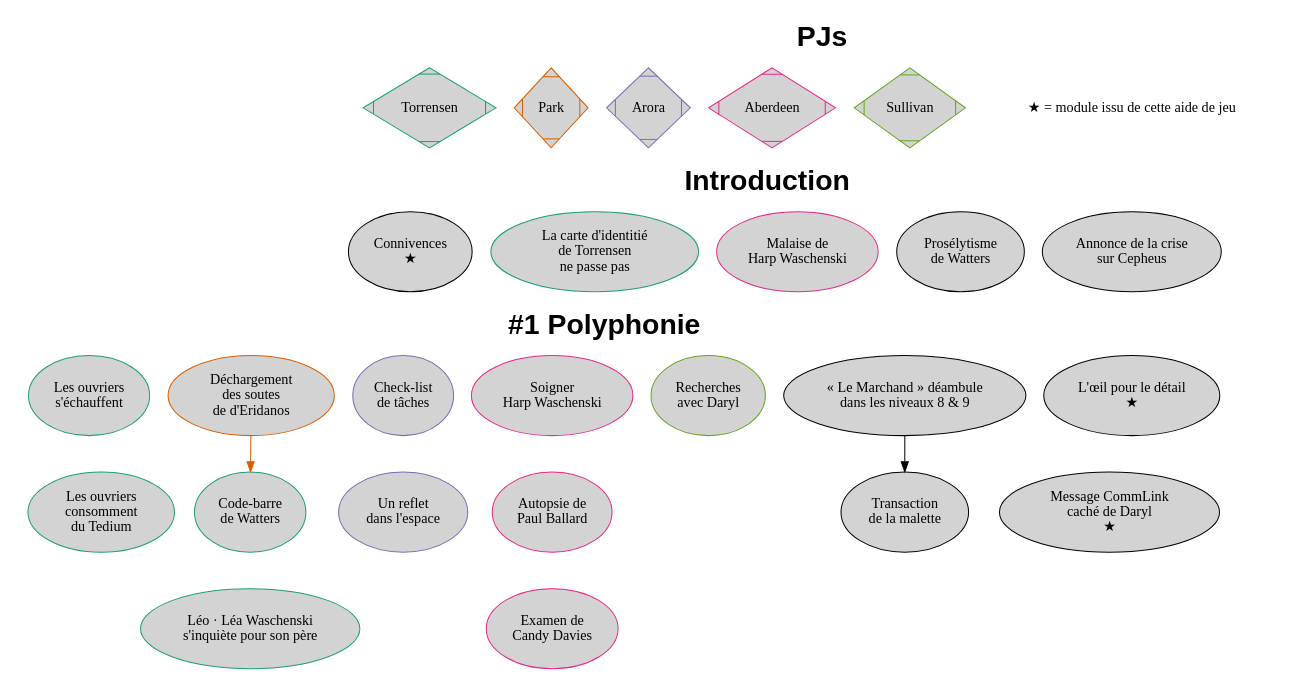
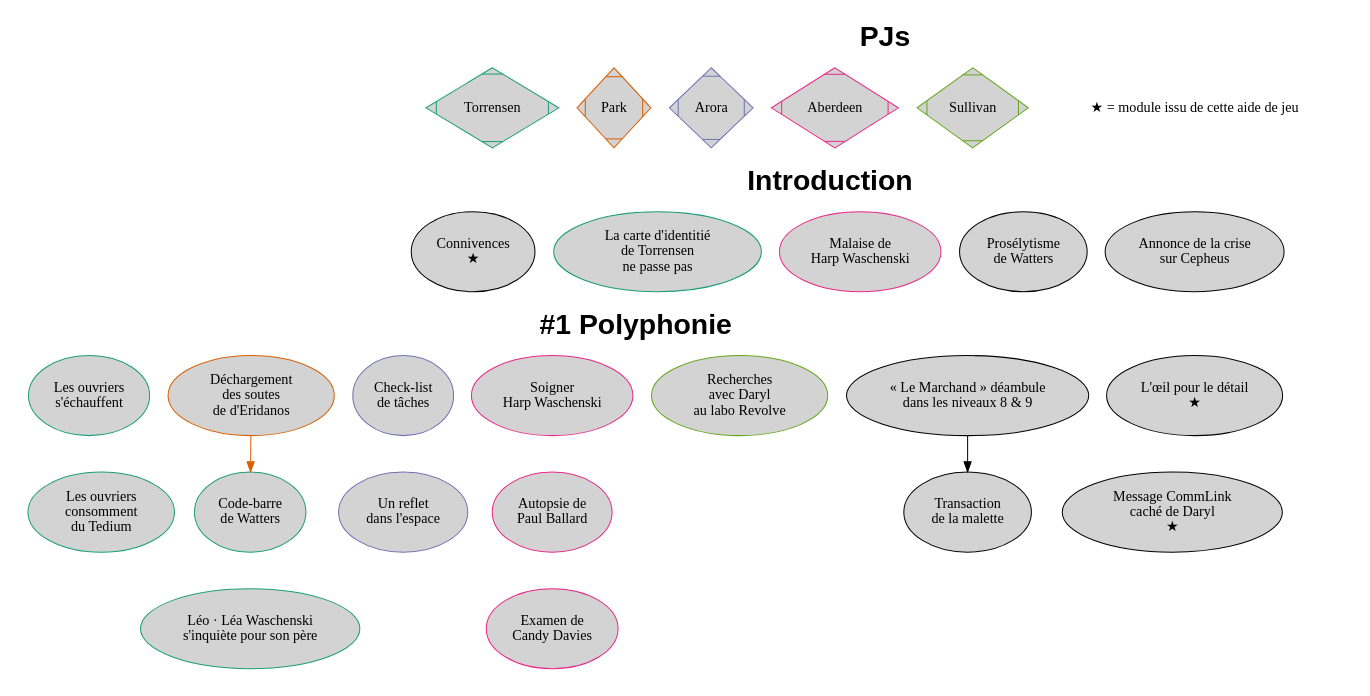
One commit to Lucas-C/jdr changed the diagram in ParadisPerdu/scenario1.dot. Above: the diagram before and after it, drawn with Graphviz. The commit also changed 8 other files, not shown here.

```diff
--- a/ParadisPerdu/scenario1.dot
+++ b/ParadisPerdu/scenario1.dot
@@ -1,58 +1,58 @@
 digraph G {
-	fontname = Helvetica;
+    fontname = Helvetica;
     node [
         colorscheme = dark25,
-		style = filled,
+        style = filled,
         fillcolor = lightgray,
         fontsize = 14,
         height = 1.1  # Make nodes higher
     ];
     edge [ colorscheme = dark25 ];
     # "If clusterrank=local, a subgraph whose name begins with cluster is given special treatment."
     subgraph cluster_legend {
         peripheries = 0;  # => no border
         star[label="★ = module issu de cette aide de jeu",peripheries=0,style=""];
         Sullivan  [shape=Mdiamond,color=5];
         Aberdeen  [shape=Mdiamond,color=4];
         Arora     [shape=Mdiamond,color=3];
         Park      [shape=Mdiamond,color=2];
         Torrensen [shape=Mdiamond,color=1];
         fontsize = 28;
         label = <<b>PJs</b>>;
     }
-	subgraph cluster_intro {
+    subgraph cluster_intro {
         peripheries = 0;  # => no border
         introTorrensen[color=1,label="La carte d'identitié\nde Torrensen\nne passe pas"];
         introAberdeen [color=4,label="Malaise de\nHarp Waschenski"];
-		{ rank=same; "Connivences\n★" -> introTorrensen -> introAberdeen -> "Prosélytisme\nde Watters" -> "Annonce de la crise\nsur Cepheus" [style=invis]; }
+        { rank=same; "Connivences\n★" -> introTorrensen -> introAberdeen -> "Prosélytisme\nde Watters" -> "Annonce de la crise\nsur Cepheus" [style=invis]; }
         fontsize = 28;
-		label = <<b>Introduction</b>>;
-	}
-	subgraph cluster_partie_1 {
+        label = <<b>Introduction</b>>;
+    }
+    subgraph cluster_partie_1 {
         peripheries = 0;  # => no border
         "L'œil pour le détail\n★" -> "Message CommLink\ncaché de Daryl\n★" [style=invis];
         "« Le Marchand » déambule\ndans les niveaux 8 & 9" -> "Transaction\nde la malette";
         node [color=5];  # Sullivan
-        "Recherches\navec Daryl";
+        "Recherches\navec Daryl\nau labo Revolve";
         node [color=4];  # Aberdeen
         "Soigner\nHarp Waschenski"
         -> "Autopsie de\nPaul Ballard"
         -> "Examen de\nCandy Davies" [style=invis, rank=same];
         node [color=3];  # Arora
         "Check-list\nde tâches"
         -> "Un reflet\ndans l'espace" [style=invis, rank=same];
         node [color=2];  # Park
         "Déchargement\ndes soutes\nde d'Eridanos";
         node [color=1];  # Torrensen
         "Les ouvriers\ns'échauffent"
         -> "Code-barre\nde Watters"
         -> "Léo · Léa Waschenski\ns'inquiète pour son père" [style=invis, rank=same];
         "Les ouvriers\ns'échauffent" -> "Les ouvriers\nconsomment\ndu Tedium" [style=invis, rank=same];
         "Déchargement\ndes soutes\nde d'Eridanos" -> "Code-barre\nde Watters" [color=2];
         fontsize = 28;
-		label = <<b>#1 Polyphonie</b>>;
-	}
+        label = <<b>#1 Polyphonie</b>>;
+    }
     // Force clusters based on (added) rank
     // Recipe from: https://stackoverflow.com/a/72102766/636849
     {star} -> {"Annonce de la crise\nsur Cepheus"} -> {"L'œil pour le détail\n★"} [style=invis];
 }
```
